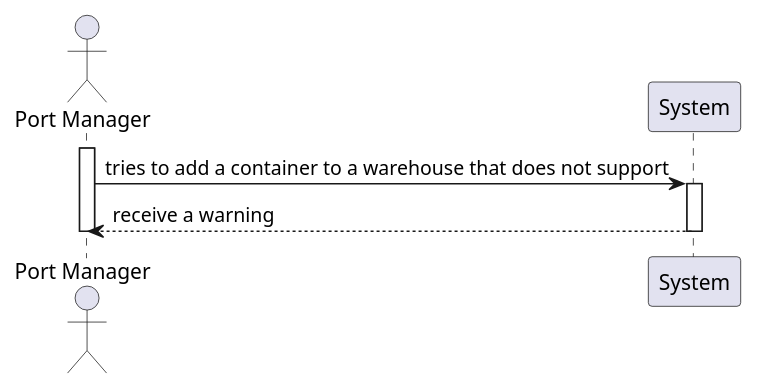
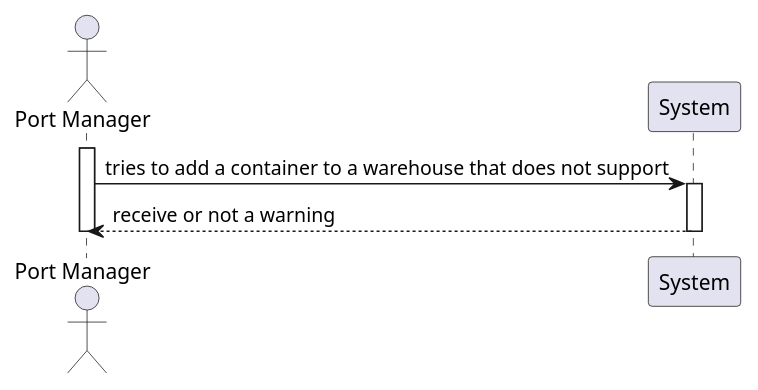
Before and after one commit to 0franciscor/lapr3-2021-g042: the diagram in docs/US307/US307_SSD.puml, drawn with PlantUML. The commit also changed 6 other files, not shown here.

```diff
--- a/docs/US307/US307_SSD.puml
+++ b/docs/US307/US307_SSD.puml
@@ -1,13 +1,13 @@
 @startuml
 'https://plantuml.com/sequence-diagram
 
 actor "Port Manager" as PM
 participant "System" as SY
 
 activate PM
 PM -> SY : tries to add a container to a warehouse that does not support
 activate SY
-SY --> PM : receive a warning
+SY --> PM : receive or not a warning
 deactivate SY
 deactivate PM
 @enduml
```
